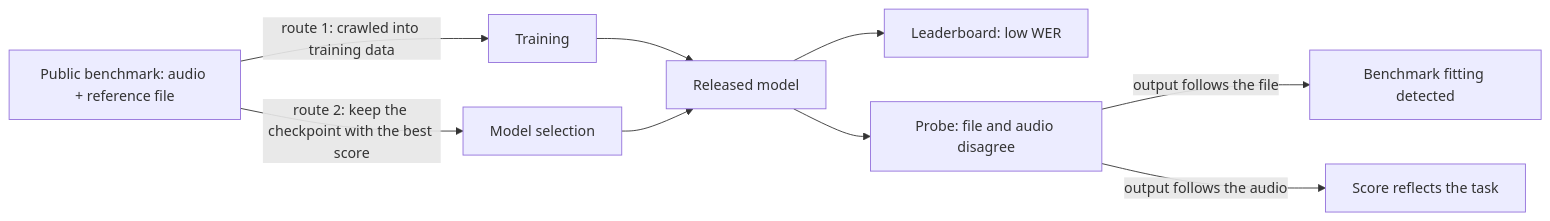
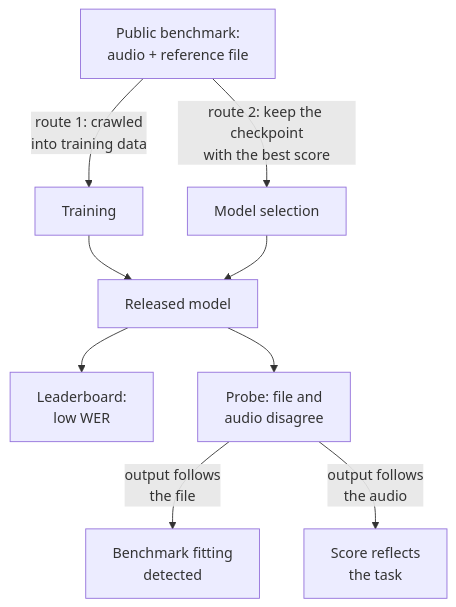
The diagram in dojo/lessons/assets/2026-10-14-2-1.mmd (yurii-mysak/scala-training-docs), drawn with Mermaid before and after one commit. The commit also changed 44 other files, not shown here.

First line of the commit message:
dojo: reviewer fixes (legible top-down diagrams, log axes, reproducible timings, licence and citation corrections); asset map tracks content hashes

```diff
--- a/dojo/lessons/assets/2026-10-14-2-1.mmd
+++ b/dojo/lessons/assets/2026-10-14-2-1.mmd
@@ -1,9 +1,10 @@
-flowchart LR
-  B["Public benchmark: audio + reference file"] -->|"route 1: crawled into training data"| T["Training"]
-  B -->|"route 2: keep the checkpoint with the best score"| S["Model selection"]
+flowchart TD
+  B["Public benchmark:<br/>audio + reference file"]
+  B -->|"route 1: crawled<br/>into training data"| T["Training"]
+  B -->|"route 2: keep the checkpoint<br/>with the best score"| S["Model selection"]
   T --> M["Released model"]
   S --> M
-  M --> P["Leaderboard: low WER"]
-  M --> Q["Probe: file and audio disagree"]
-  Q -->|"output follows the file"| F["Benchmark fitting detected"]
-  Q -->|"output follows the audio"| G["Score reflects the task"]
+  M --> P["Leaderboard:<br/>low WER"]
+  M --> Q["Probe: file and<br/>audio disagree"]
+  Q -->|"output follows<br/>the file"| F["Benchmark fitting<br/>detected"]
+  Q -->|"output follows<br/>the audio"| G["Score reflects<br/>the task"]
```
